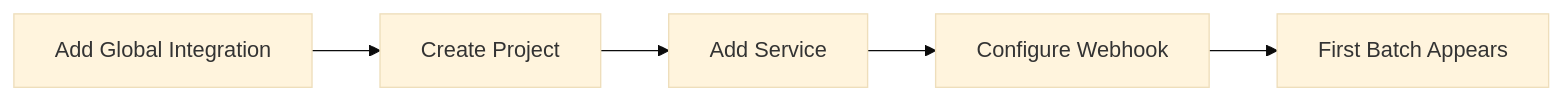
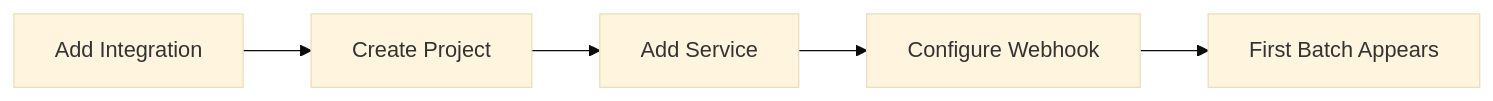
The diagram in docs/src/how-to/connect-provider.md (getserops/serops), drawn with Mermaid (base theme) before and after one commit. The commit also changed other lines of this file and 48 other files, not shown here.

````diff
--- a/docs/src/how-to/connect-provider.md
+++ b/docs/src/how-to/connect-provider.md
@@ -15,7 +15,7 @@
 ```mermaid
 graph LR
-    A[Add Global Integration] --> B[Create Project]
+    A[Add Integration] --> B[Create Project]
     B --> C[Add Service]
     C --> D[Configure Webhook]
     D --> E[First Batch Appears]
 ```
````
